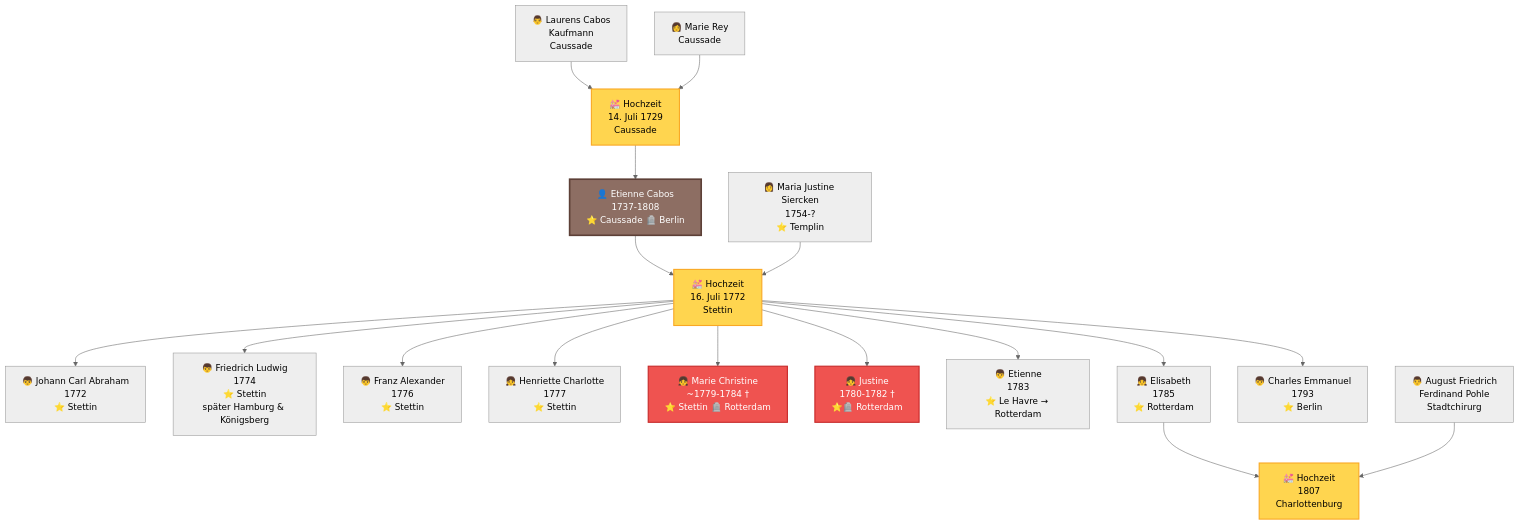
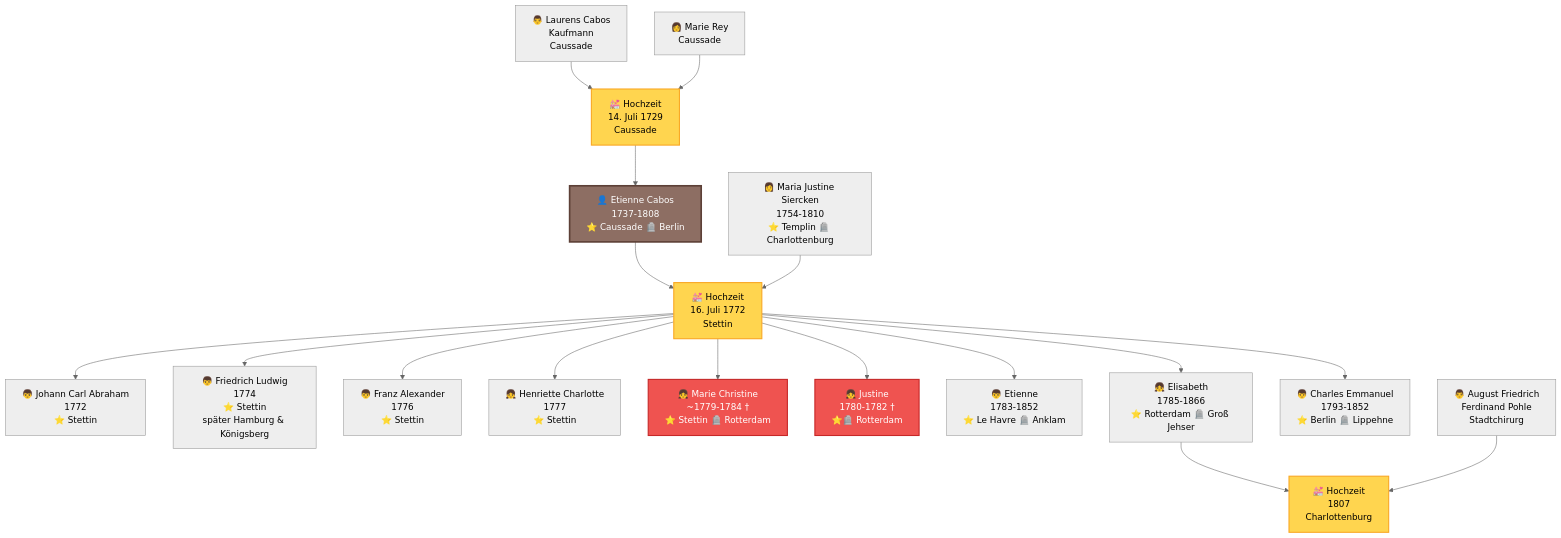
Before and after one commit to ccabos/Etienne: the first of 2 diagrams in docs/stammbaum.md, drawn with Mermaid (neutral theme). The commit also changed other lines of this file, not shown here.

First line of the commit message:
Update Stammbaum with death dates for children and Maria Justine

````diff
--- a/docs/stammbaum.md
+++ b/docs/stammbaum.md
@@ -9,34 +9,34 @@
 ```mermaid
 graph TD
     A["👨 Laurens Cabos<br/>Kaufmann<br/>Caussade"] --> H1["💒 Hochzeit<br/>14. Juli 1729<br/>Caussade"]
     B["👩 Marie Rey<br/>Caussade"] --> H1
 
     H1 --> C["👤 Etienne Cabos<br/>1737-1808<br/>⭐ Caussade 🪦 Berlin"]
 
     C --> H2["💒 Hochzeit<br/>16. Juli 1772<br/>Stettin"]
-    D["👩 Maria Justine Siercken<br/>1754-?<br/>⭐ Templin"] --> H2
+    D["👩 Maria Justine Siercken<br/>1754-1810<br/>⭐ Templin 🪦 Charlottenburg"] --> H2
 
     H2 --> E1["👦 Johann Carl Abraham<br/>1772<br/>⭐ Stettin"]
     H2 --> E2["👦 Friedrich Ludwig<br/>1774<br/>⭐ Stettin<br/>später Hamburg & Königsberg"]
     H2 --> E3["👦 Franz Alexander<br/>1776<br/>⭐ Stettin"]
     H2 --> E4["👧 Henriette Charlotte<br/>1777<br/>⭐ Stettin"]
     H2 --> E5["👧 Marie Christine<br/>~1779-1784 †<br/>⭐ Stettin 🪦 Rotterdam"]
     H2 --> E6["👧 Justine<br/>1780-1782 †<br/>⭐🪦 Rotterdam"]
-    H2 --> E7["👦 Etienne<br/>1783<br/>⭐ Le Havre → Rotterdam"]
-    H2 --> E8["👧 Elisabeth<br/>1785<br/>⭐ Rotterdam"]
-    H2 --> E9["👦 Charles Emmanuel<br/>1793<br/>⭐ Berlin"]
+    H2 --> E7["👦 Etienne<br/>1783-1852<br/>⭐ Le Havre 🪦 Anklam"]
+    H2 --> E8["👧 Elisabeth<br/>1785-1866<br/>⭐ Rotterdam 🪦 Groß Jehser"]
+    H2 --> E9["👦 Charles Emmanuel<br/>1793-1852<br/>⭐ Berlin 🪦 Lippehne"]
 
     E8 --> H3["💒 Hochzeit<br/>1807<br/>Charlottenburg"]
     F["👨 August Friedrich<br/>Ferdinand Pohle<br/>Stadtchirurg"] --> H3
 
     style C fill:#8d6e63,stroke:#5d4037,stroke-width:3px,color:#fff
     style E5 fill:#ef5350,stroke:#c62828,stroke-width:2px,color:#fff
     style E6 fill:#ef5350,stroke:#c62828,stroke-width:2px,color:#fff
     style H1 fill:#ffd54f,stroke:#f9a825,stroke-width:2px
     style H2 fill:#ffd54f,stroke:#f9a825,stroke-width:2px
     style H3 fill:#ffd54f,stroke:#f9a825,stroke-width:2px
 
     classDef mainPerson fill:#8d6e63,stroke:#5d4037,stroke-width:3px,color:#fff
     classDef deceased fill:#ef5350,stroke:#c62828,stroke-width:2px,color:#fff
     classDef marriage fill:#ffd54f,stroke:#f9a825,stroke-width:2px
 ```
````
